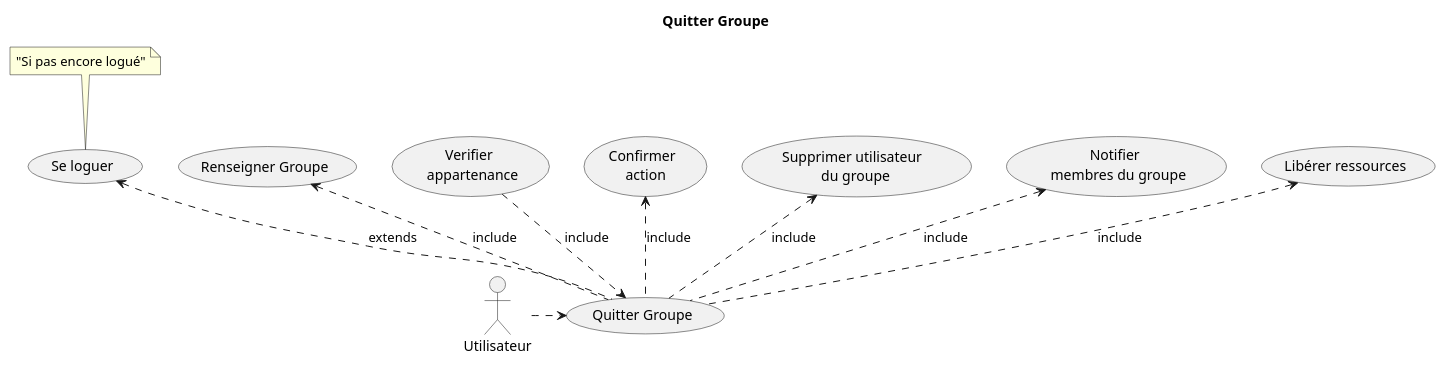
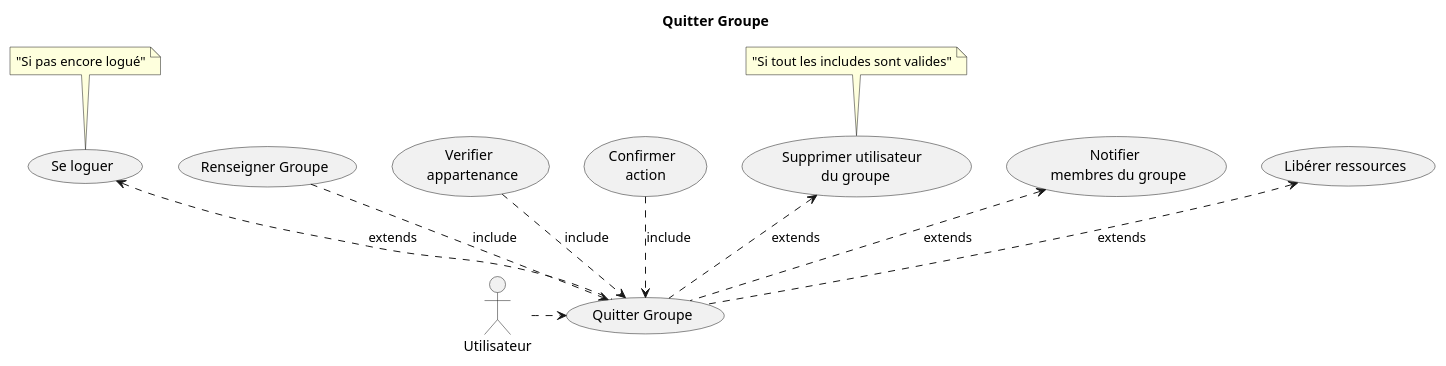
The diagram in docs/use_cases/QuitterGroupe.puml (clementfvrl/projet_linux), drawn with PlantUML before and after one commit. The commit also changed 7 other files, not shown here.

```diff
--- a/docs/use_cases/QuitterGroupe.puml
+++ b/docs/use_cases/QuitterGroupe.puml
@@ -1,18 +1,19 @@
 @startuml
 title Quitter Groupe
 
 actor Utilisateur as User
 
 (Se loguer) <.. (Quitter Groupe) : extends 
 
 note top of  (Se loguer) : "Si pas encore logué"
 
 (User) .> (Quitter Groupe)
 
-(Renseigner Groupe) <.. (Quitter Groupe) : include
+(Renseigner Groupe) ..> (Quitter Groupe) : include
 (Verifier \n appartenance)..>(Quitter Groupe) : include
-(Confirmer \n action) <.. (Quitter Groupe) : include
-(Supprimer utilisateur \n du groupe) <.. (Quitter Groupe) : include
-(Notifier \n membres du groupe) <.. (Quitter Groupe) : include
-(Libérer ressources) <.. (Quitter Groupe) : include
+(Confirmer \n action) ..> (Quitter Groupe) : include
+(Supprimer utilisateur \n du groupe) <.. (Quitter Groupe) : extends
+note top of  (Supprimer utilisateur \n du groupe) : "Si tout les includes sont valides"
+(Notifier \n membres du groupe) <.. (Quitter Groupe) : extends
+(Libérer ressources) <.. (Quitter Groupe) : extends
 @enduml
```
